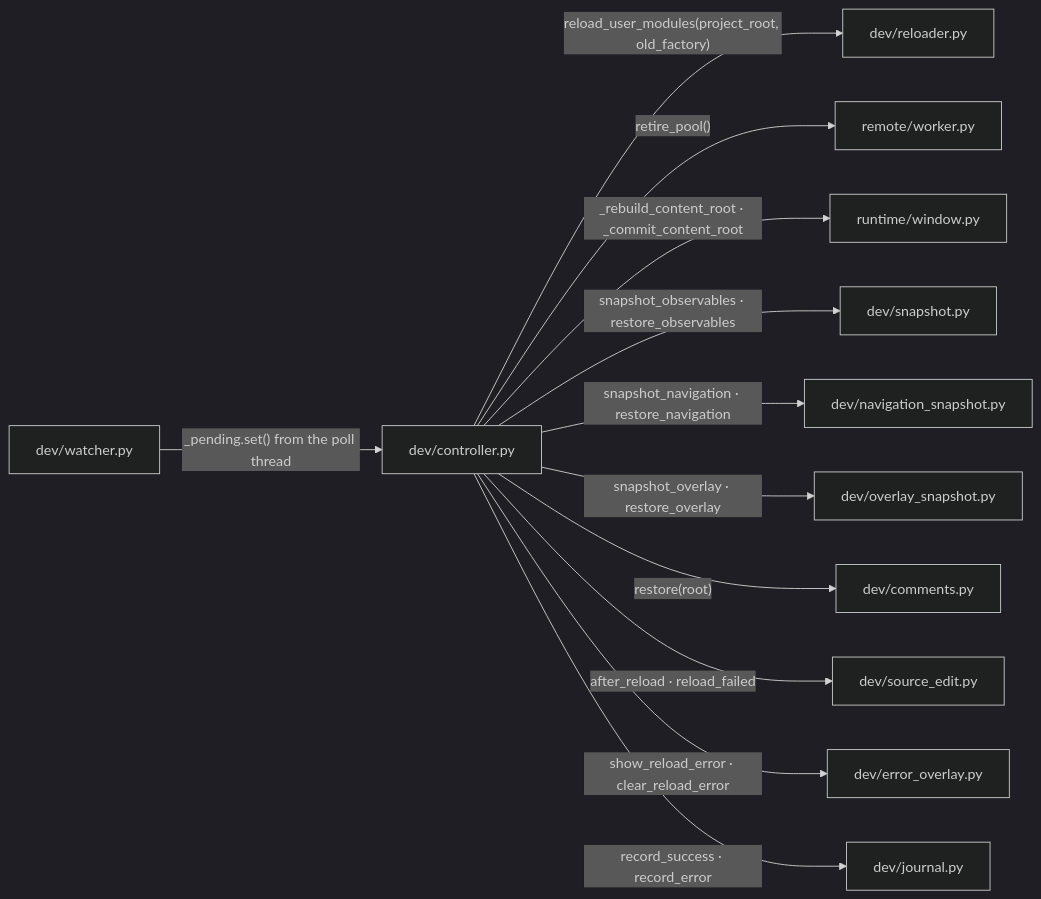
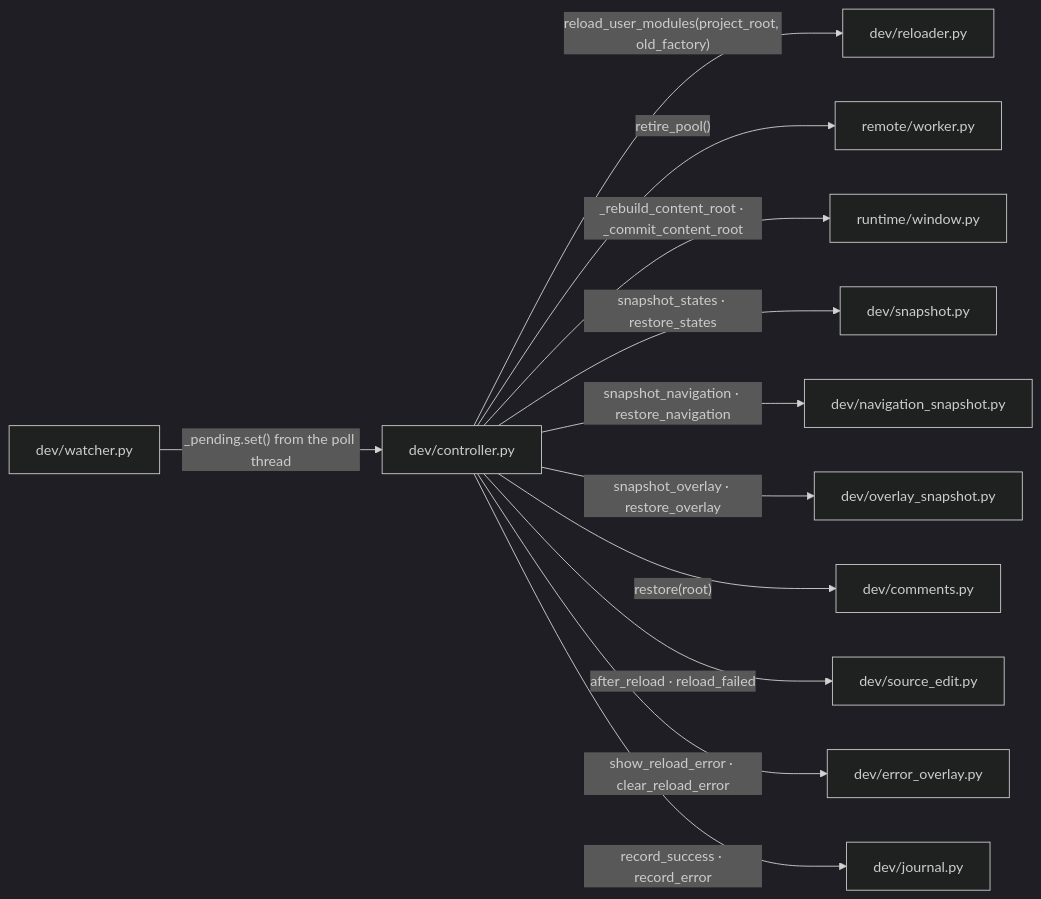
One commit to yuksblog/nuiitivet changed the fourth of 7 diagrams in docs/design/HOT_RELOAD.md. Above: the diagram before and after it, drawn with Mermaid (dark theme). The commit also changed other lines of this file and 77 other files, not shown here.

````diff
--- a/docs/design/HOT_RELOAD.md
+++ b/docs/design/HOT_RELOAD.md
@@ -116,27 +116,27 @@
 ```mermaid
 flowchart LR
     watcher[dev/watcher.py]
     ctrl[dev/controller.py]
     reloader[dev/reloader.py]
     pool[remote/worker.py]
     window[runtime/window.py]
     error[dev/error_overlay.py]
     journal[dev/journal.py]
     snap[dev/snapshot.py]
     navsnap[dev/navigation_snapshot.py]
     ovsnap[dev/overlay_snapshot.py]
     comments[dev/comments.py]
     edits[dev/source_edit.py]
 
     watcher -- "_pending.set() from the poll thread" --> ctrl
     ctrl -- "reload_user_modules(project_root, old_factory)" --> reloader
     ctrl -- "retire_pool()" --> pool
     ctrl -- "_rebuild_content_root · _commit_content_root" --> window
-    ctrl -- "snapshot_observables · restore_observables" --> snap
+    ctrl -- "snapshot_states · restore_states" --> snap
     ctrl -- "snapshot_navigation · restore_navigation" --> navsnap
     ctrl -- "snapshot_overlay · restore_overlay" --> ovsnap
     ctrl -- "restore(root)" --> comments
     ctrl -- "after_reload · reload_failed" --> edits
     ctrl -- "show_reload_error · clear_reload_error" --> error
     ctrl -- "record_success · record_error" --> journal
 ```
````
